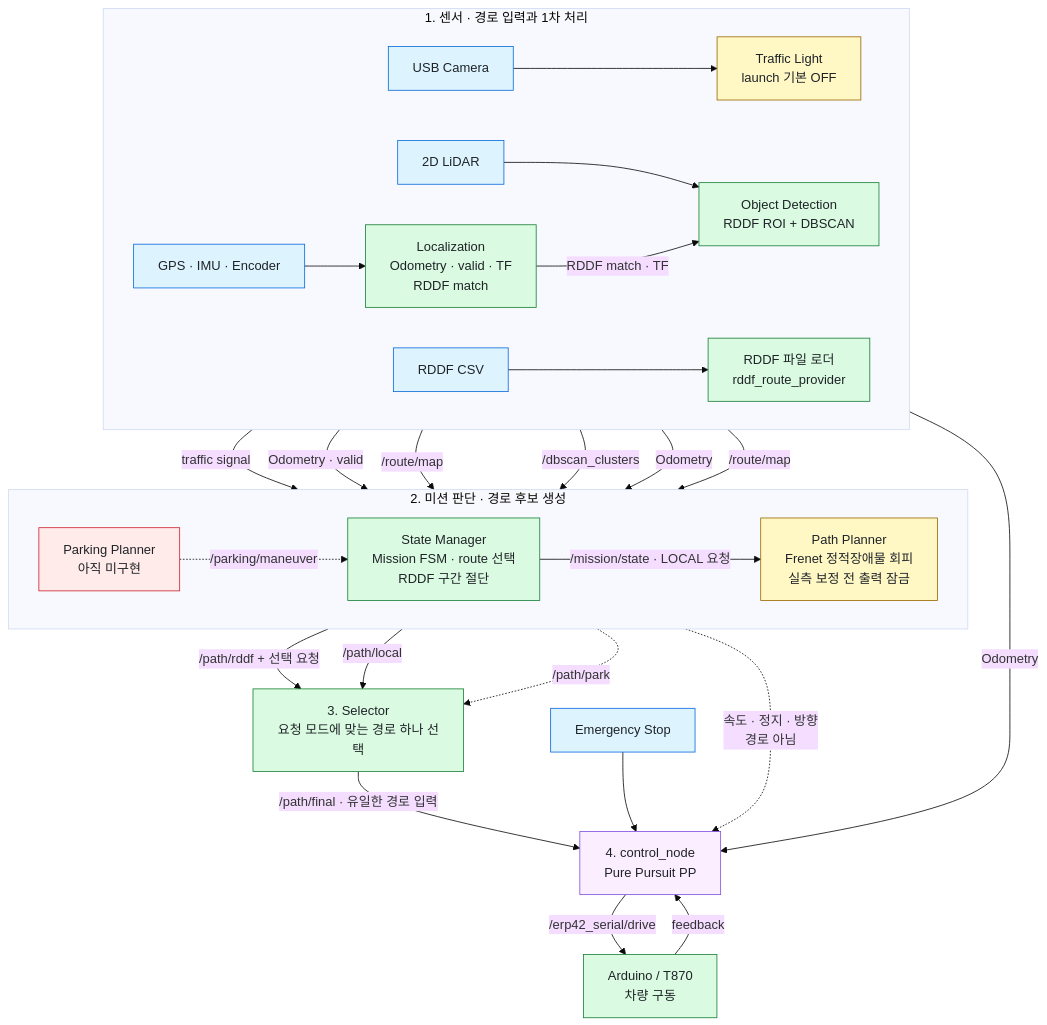
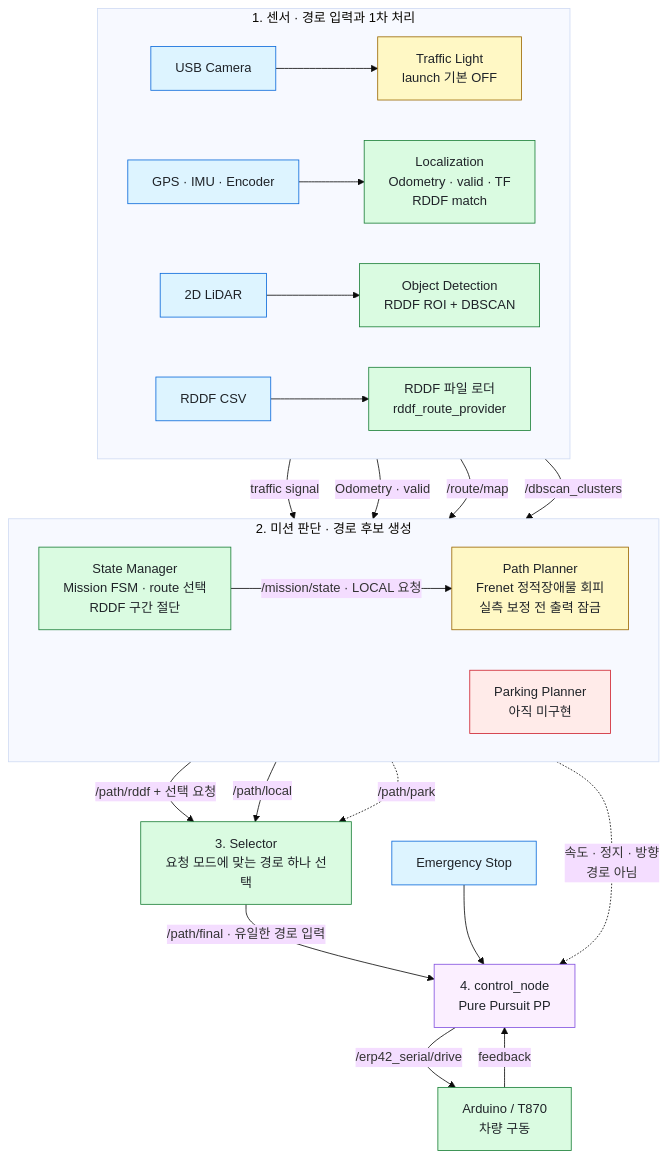
The diagram in docs/architecture.md (Team-Stier/HL-FMA-1-5-2026), drawn with Mermaid (base theme) before and after one commit. The commit also changed other lines of this file, not shown here.

Commit message:
docs: reduce architecture edge crossings

````diff
--- a/docs/architecture.md
+++ b/docs/architecture.md
@@ -21,50 +21,45 @@
 ```mermaid
 flowchart TB
     classDef sensor fill:#ddf4ff,stroke:#0969da,color:#1f2328
     classDef active fill:#dafbe1,stroke:#1a7f37,color:#1f2328
     classDef gated fill:#fff8c5,stroke:#9a6700,color:#1f2328
     classDef control fill:#fbefff,stroke:#8250df,color:#1f2328
     classDef later fill:#ffebe9,stroke:#cf222e,color:#1f2328
 
     subgraph INPUT[1. 센서 · 경로 입력과 1차 처리]
         direction LR
         CAMERA[USB Camera]:::sensor --> TL[Traffic Light<br/>launch 기본 OFF]:::gated
         MOTION[GPS · IMU · Encoder]:::sensor --> LOC[Localization<br/>Odometry · valid · TF<br/>RDDF match]:::active
         LIDAR[2D LiDAR]:::sensor --> OD[Object Detection<br/>RDDF ROI + DBSCAN]:::active
         FILES[RDDF CSV]:::sensor --> LOADER[RDDF 파일 로더<br/>rddf_route_provider]:::active
     end
 
     subgraph PLAN[2. 미션 판단 · 경로 후보 생성]
         direction LR
         SM[State Manager<br/>Mission FSM · route 선택<br/>RDDF 구간 절단]:::active
         LP[Path Planner<br/>Frenet 정적장애물 회피<br/>실측 보정 전 출력 잠금]:::gated
         PARK[Parking Planner<br/>아직 미구현]:::later
     end
 
     SEL[3. Selector<br/>요청 모드에 맞는 경로 하나 선택]:::active
     PP[4. control_node<br/>Pure Pursuit PP]:::control
     ESTOP[Emergency Stop]:::sensor
     CAR[Arduino / T870<br/>차량 구동]:::active
 
     TL -->|traffic signal| SM
-    LOC -->|RDDF match · TF| OD
     LOC -->|Odometry · valid| SM
     LOADER -->|/route/map| SM
 
     OD -->|/dbscan_clusters| LP
-    LOC -->|Odometry| LP
-    LOADER -->|/route/map| LP
     SM -->|/mission/state · LOCAL 요청| LP
 
     SM -->|/path/rddf + 선택 요청| SEL
     LP -->|/path/local| SEL
     PARK -.->|/path/park| SEL
-    PARK -.->|/parking/maneuver| SM
 
     SEL -->|/path/final · 유일한 경로 입력| PP
-    LOC -->|Odometry| PP
     SM -.->|속도 · 정지 · 방향<br/>경로 아님| PP
     ESTOP --> PP
     CAR -->|feedback| PP
     PP -->|/erp42_serial/drive| CAR
 ```
````
